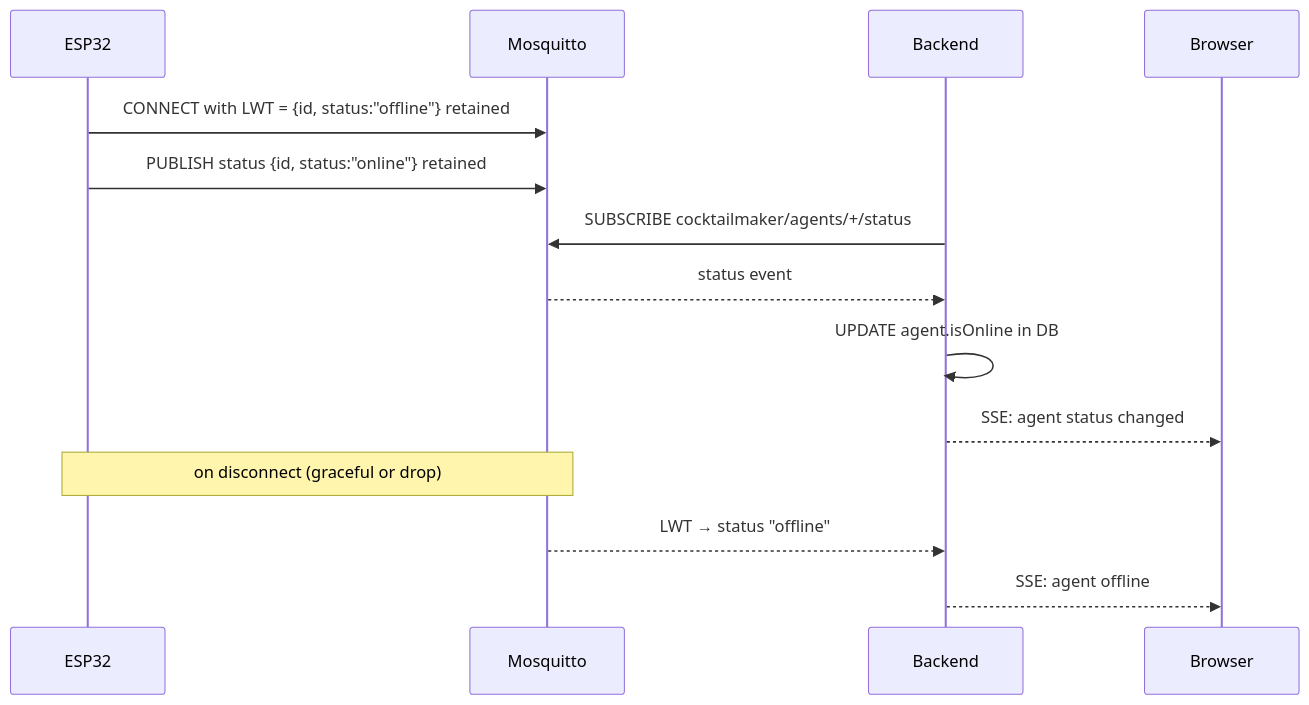
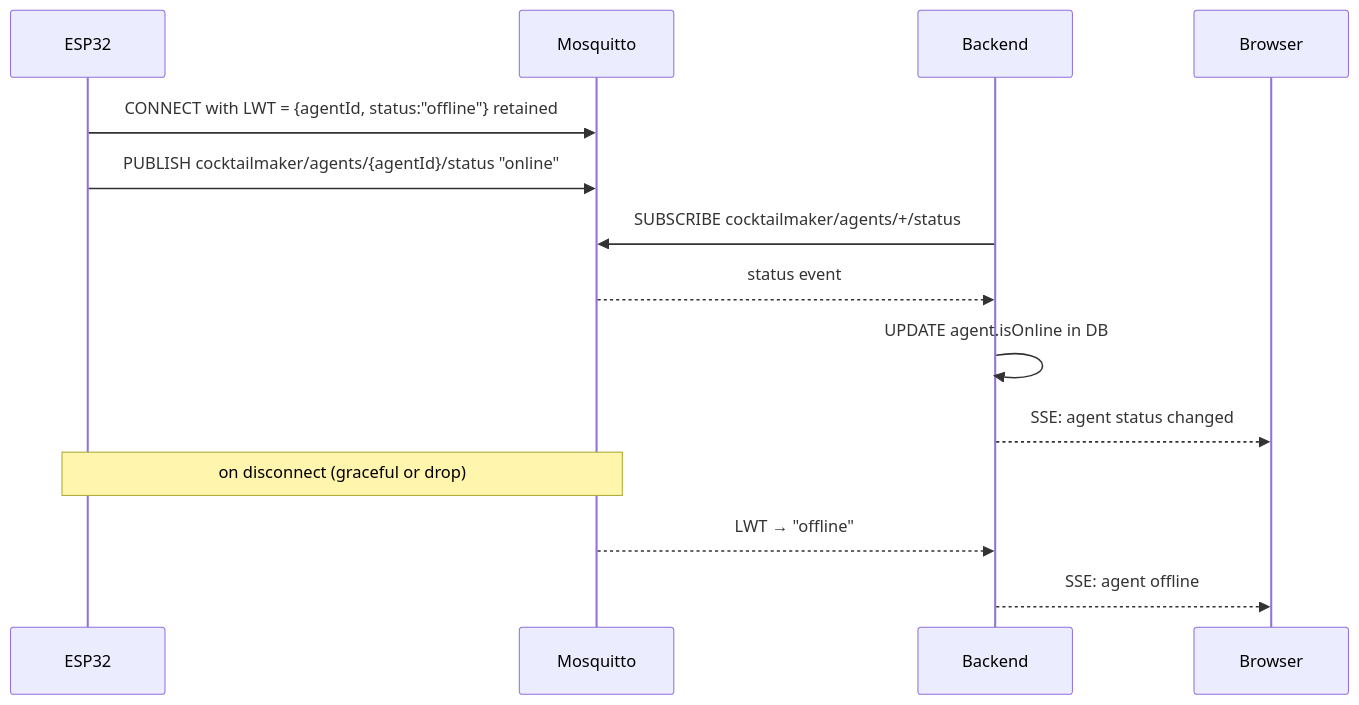
The fifth of 6 diagrams in docs/architecture.md (codeiakofficial/cocktailmaker), drawn with Mermaid before and after one commit. The commit also changed other lines of this file and 2 other files, not shown here.

````diff
--- a/docs/architecture.md
+++ b/docs/architecture.md
@@ -78,19 +78,19 @@
 ```mermaid
 sequenceDiagram
     participant ESP32
     participant Broker as Mosquitto
     participant Backend
     participant Browser
 
-    ESP32->>Broker: CONNECT with LWT = {id, status:"offline"} retained
-    ESP32->>Broker: PUBLISH status {id, status:"online"} retained
+    ESP32->>Broker: CONNECT with LWT = {agentId, status:"offline"} retained
+    ESP32->>Broker: PUBLISH cocktailmaker/agents/{agentId}/status "online"
 
     Backend->>Broker: SUBSCRIBE cocktailmaker/agents/+/status
     Broker-->>Backend: status event
     Backend->>Backend: UPDATE agent.isOnline in DB
     Backend-->>Browser: SSE: agent status changed
 
     Note over ESP32,Broker: on disconnect (graceful or drop)
-    Broker-->>Backend: LWT → status "offline"
+    Broker-->>Backend: LWT → "offline"
     Backend-->>Browser: SSE: agent offline
 ```
````
